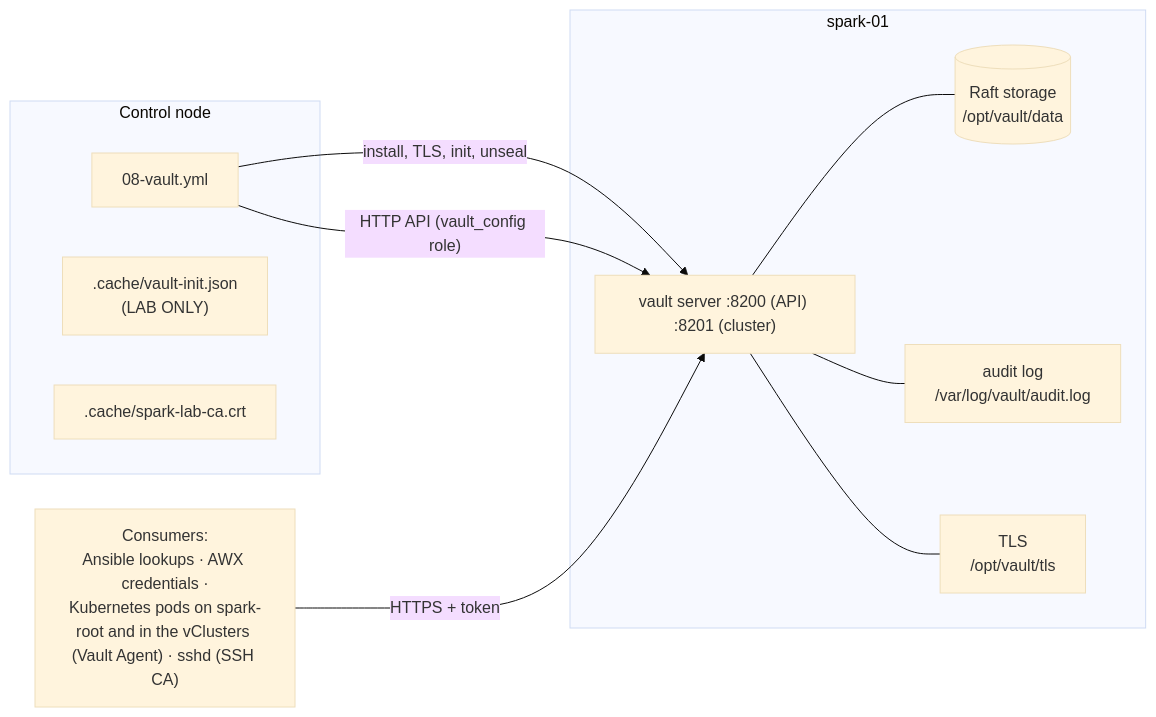
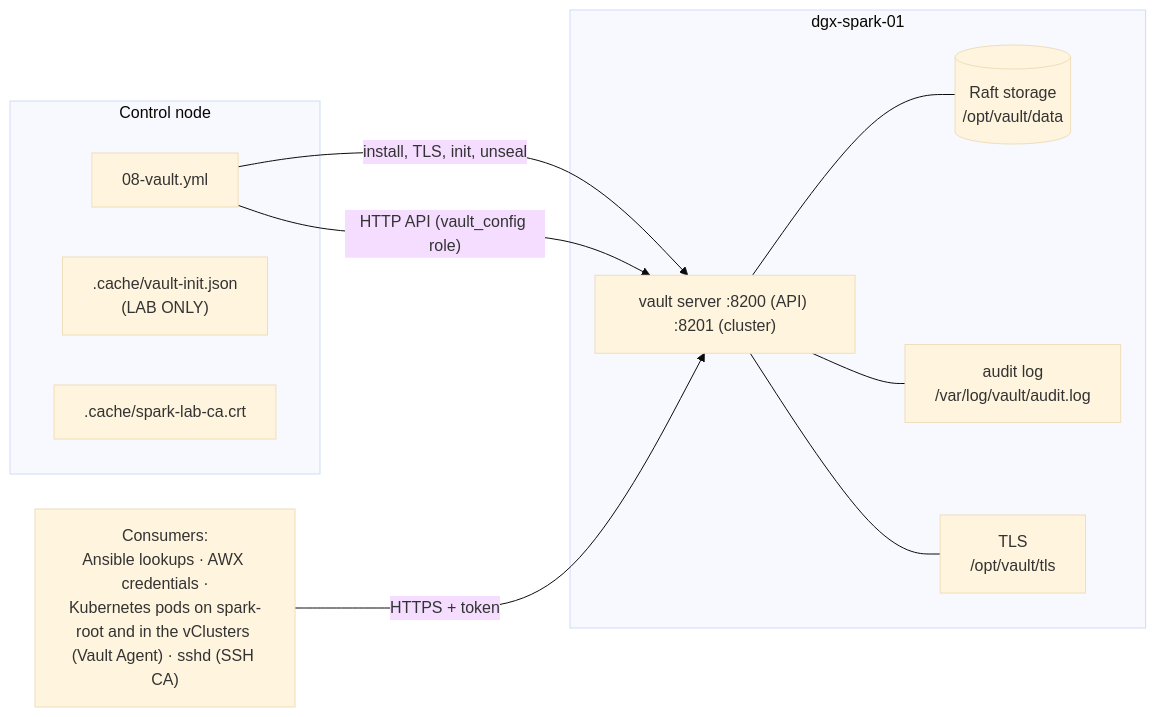
The first of 2 diagrams in 01 Ansible/03-hashicorp-vault-deep-dive.md (cloudone365/technical-depth), drawn with Mermaid (base theme) before and after one commit. The commit also changed other lines of this file and 88 other files, not shown here.

First line of the commit message:
Rename the Spark hosts to dgx-spark-01 / dgx-spark-02

````diff
--- a/01 Ansible/03-hashicorp-vault-deep-dive.md
+++ b/01 Ansible/03-hashicorp-vault-deep-dive.md
@@ -20,18 +20,18 @@
 ```mermaid
 flowchart LR
   subgraph CN[Control node]
     PB["08-vault.yml"]
     INIT[".cache/vault-init.json<br/>(LAB ONLY)"]
     CA[".cache/spark-lab-ca.crt"]
   end
-  subgraph S1["spark-01"]
+  subgraph S1["dgx-spark-01"]
     V["vault server :8200 (API) :8201 (cluster)"]
     R[("Raft storage<br/>/opt/vault/data")]
     A["audit log<br/>/var/log/vault/audit.log"]
     T["TLS<br/>/opt/vault/tls"]
   end
   PB -->|install, TLS, init, unseal| V
   PB -->|"HTTP API (vault_config role)"| V
   V --- R & A & T
   CONS["Consumers:<br/>Ansible lookups · AWX credentials ·<br/>Kubernetes pods on spark-root and in the vClusters (Vault Agent) · sshd (SSH CA)"] -->|HTTPS + token| V
 ```
````
